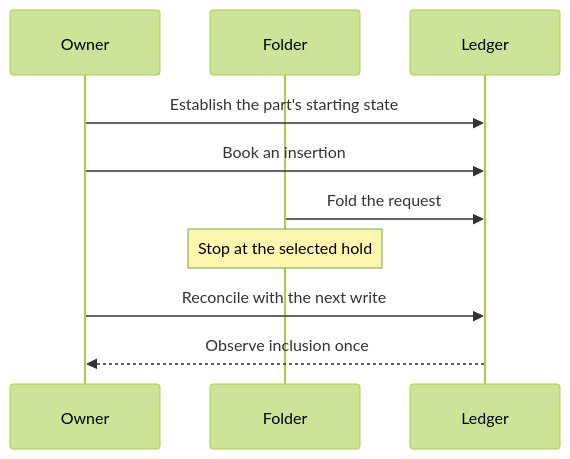
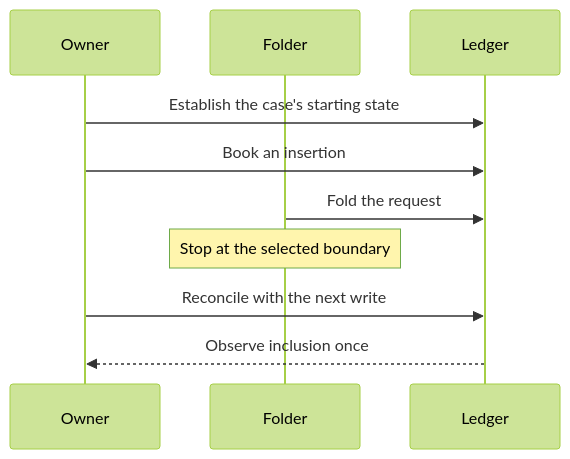
Before and after one commit to lambdasistemi/singular: the diagram in specs/451-cross-wallet-fold/spec.md, drawn with Mermaid (forest theme). The commit also changed other lines of this file and 11 other files, not shown here.

````diff
--- a/specs/451-cross-wallet-fold/spec.md
+++ b/specs/451-cross-wallet-fold/spec.md
@@ -9,12 +9,12 @@
 ```mermaid
 sequenceDiagram
     participant Requester as Owner
     participant Folder
     participant Ledger
-    Requester->>Ledger: Establish the part's starting state
+    Requester->>Ledger: Establish the case's starting state
     Requester->>Ledger: Book an insertion
     Folder->>Ledger: Fold the request
-    Note over Folder: Stop at the selected hold
+    Note over Folder: Stop at the selected boundary
     Requester->>Ledger: Reconcile with the next write
     Ledger-->>Requester: Observe inclusion once
 ```
````
